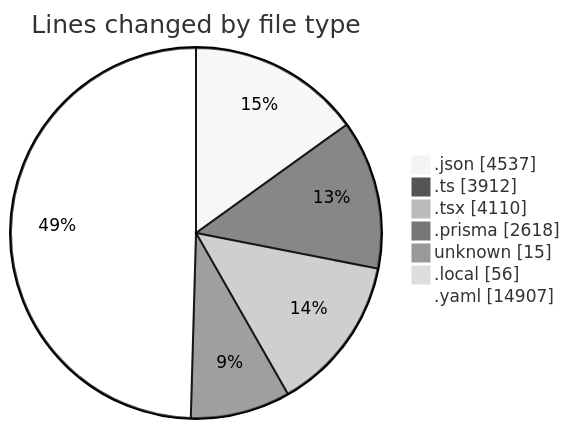
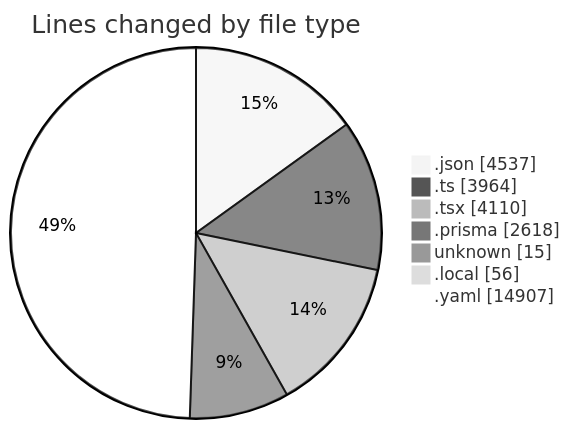
Before and after one commit to CELIANVF/code-tracking: the first of 2 diagrams in 2025-05-15/ecodeli-1/README.md, drawn with Mermaid (neutral theme). The commit also changed other lines of this file and 1 other file, not shown here.

````diff
--- a/2025-05-15/ecodeli-1/README.md
+++ b/2025-05-15/ecodeli-1/README.md
@@ -52,11 +52,11 @@
 ```mermaid
 pie showData
 title Lines changed by file type
 ".json" : 4537
-".ts" : 3912
+".ts" : 3964
 ".tsx" : 4110
 ".prisma" : 2618
 "unknown" : 15
 ".local" : 56
 ".yaml" : 14907
 ```
````
